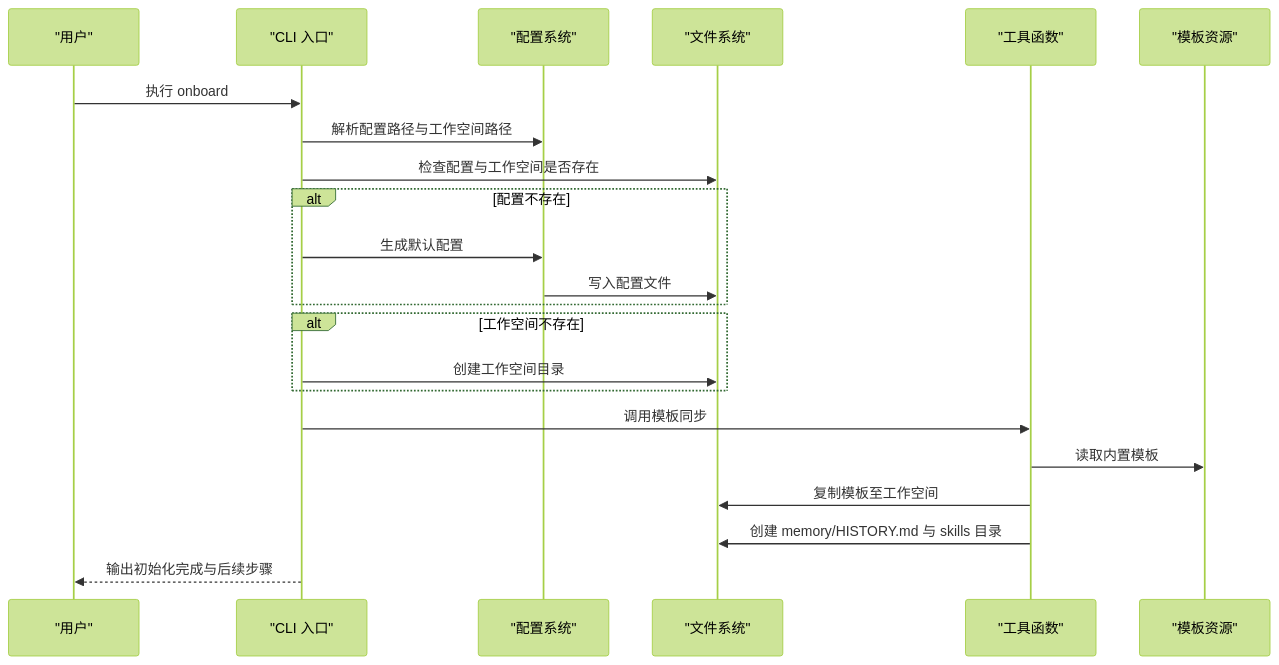
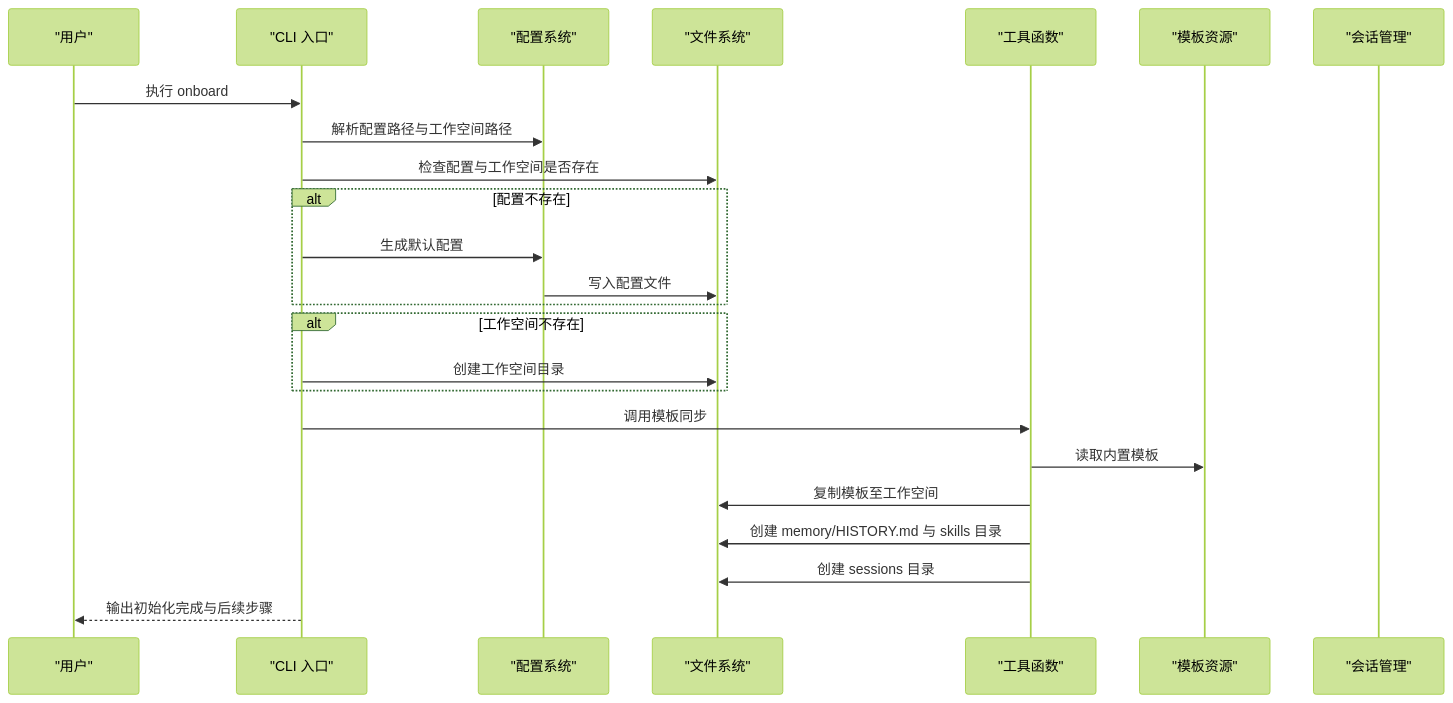
The second of 4 diagrams in .qoder/repowiki/zh/content/工作空间管理/工作空间管理.md (neciszhang/batbot), drawn with Mermaid (forest theme) before and after one commit. The commit also changed other lines of this file and 4 other files, not shown here.

````diff
--- a/.qoder/repowiki/zh/content/工作空间管理/工作空间管理.md
+++ b/.qoder/repowiki/zh/content/工作空间管理/工作空间管理.md
@@ -109,24 +127,26 @@
 ```mermaid
 sequenceDiagram
 participant U as "用户"
 participant CLI as "CLI 入口"
 participant CFG as "配置系统"
 participant FS as "文件系统"
 participant UT as "工具函数"
 participant TPL as "模板资源"
+participant SES as "会话管理"
 U->>CLI : 执行 onboard
 CLI->>CFG : 解析配置路径与工作空间路径
 CLI->>FS : 检查配置与工作空间是否存在
 alt 配置不存在
 CLI->>CFG : 生成默认配置
 CFG->>FS : 写入配置文件
 end
 alt 工作空间不存在
 CLI->>FS : 创建工作空间目录
 end
 CLI->>UT : 调用模板同步
 UT->>TPL : 读取内置模板
 UT->>FS : 复制模板至工作空间
 UT->>FS : 创建 memory/HISTORY.md 与 skills 目录
+UT->>FS : 创建 sessions 目录
 CLI-->>U : 输出初始化完成与后续步骤
 ```
````
